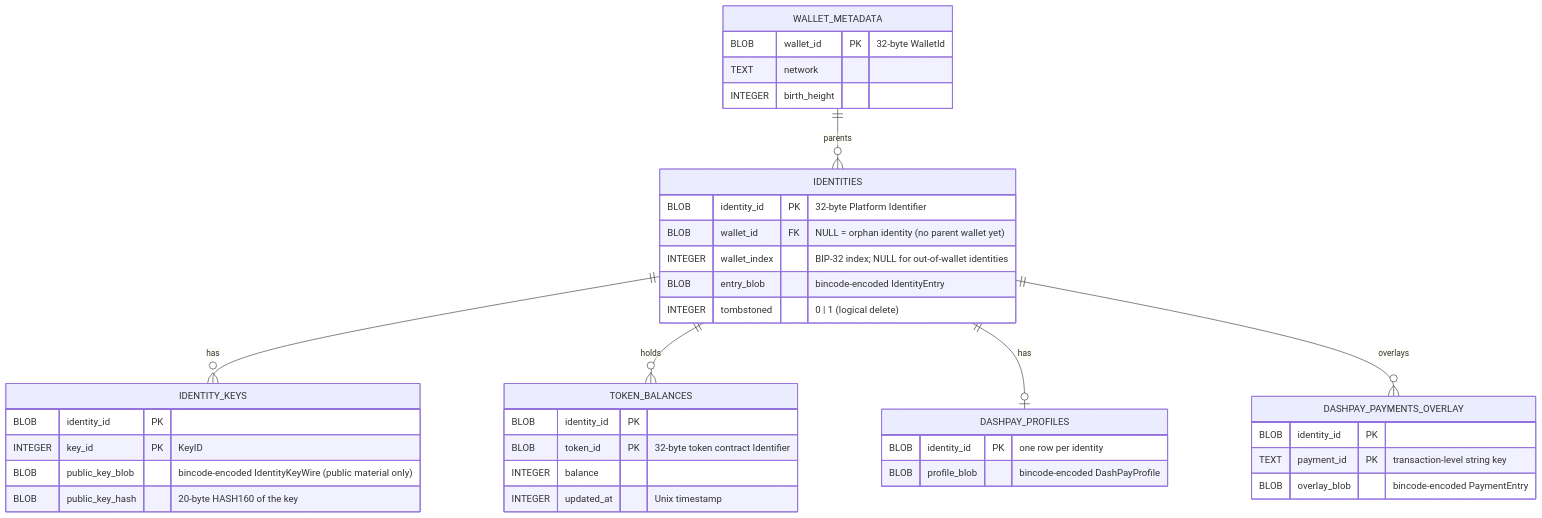
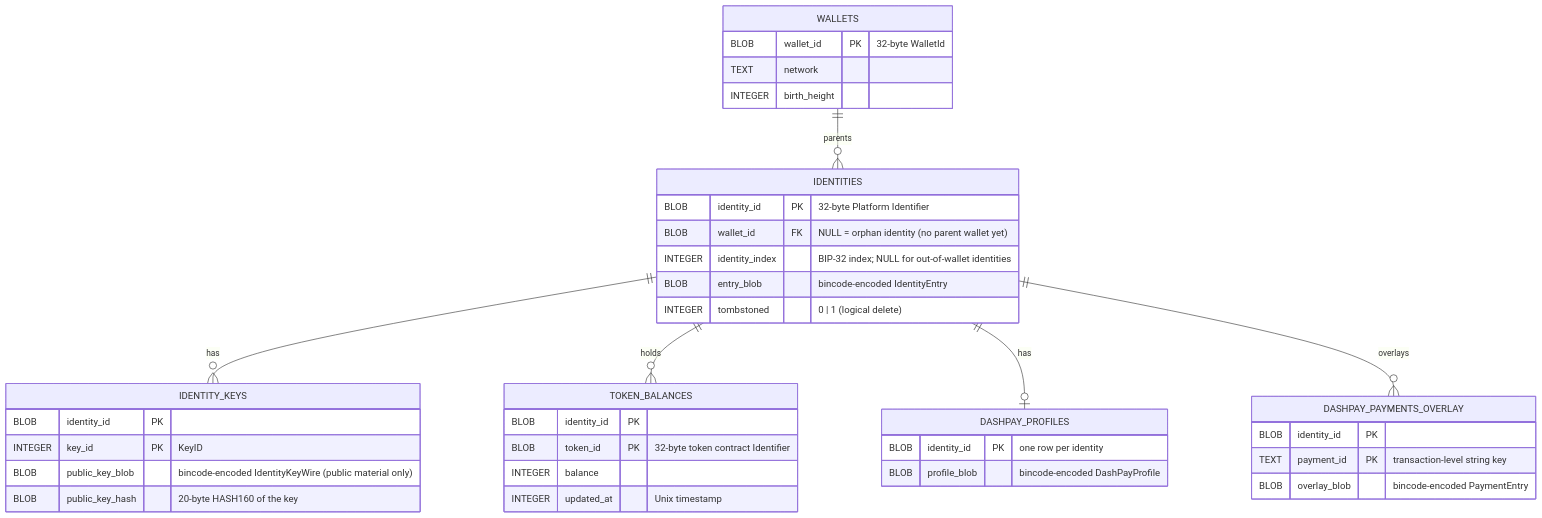
The second of 5 diagrams in packages/rs-platform-wallet-storage/SCHEMA.md (dashpay/platform), drawn with Mermaid before and after one commit. The commit also changed other lines of this file and 26 other files, not shown here.

First line of the commit message:
refactor(platform-wallet-storage): rename wallet_metadata table to wallets; schema/doc hardening

````diff
--- a/packages/rs-platform-wallet-storage/SCHEMA.md
+++ b/packages/rs-platform-wallet-storage/SCHEMA.md
@@ -130,47 +130,47 @@
 ```mermaid
 erDiagram
-    WALLET_METADATA ||--o{ IDENTITIES : "parents"
+    WALLETS ||--o{ IDENTITIES : "parents"
     IDENTITIES ||--o{ IDENTITY_KEYS : "has"
     IDENTITIES ||--o{ TOKEN_BALANCES : "holds"
     IDENTITIES ||--o| DASHPAY_PROFILES : "has"
     IDENTITIES ||--o{ DASHPAY_PAYMENTS_OVERLAY : "overlays"
 
-    WALLET_METADATA {
+    WALLETS {
         BLOB wallet_id PK "32-byte WalletId"
         TEXT network
         INTEGER birth_height
     }
 
     IDENTITIES {
         BLOB identity_id PK "32-byte Platform Identifier"
         BLOB wallet_id FK "NULL = orphan identity (no parent wallet yet)"
-        INTEGER wallet_index "BIP-32 index; NULL for out-of-wallet identities"
+        INTEGER identity_index "BIP-32 index; NULL for out-of-wallet identities"
         BLOB entry_blob "bincode-encoded IdentityEntry"
         INTEGER tombstoned "0 | 1 (logical delete)"
     }
 
     IDENTITY_KEYS {
         BLOB identity_id PK
         INTEGER key_id PK "KeyID"
         BLOB public_key_blob "bincode-encoded IdentityKeyWire (public material only)"
         BLOB public_key_hash "20-byte HASH160 of the key"
     }
 
     TOKEN_BALANCES {
         BLOB identity_id PK
         BLOB token_id PK "32-byte token contract Identifier"
         INTEGER balance
         INTEGER updated_at "Unix timestamp"
     }
 
     DASHPAY_PROFILES {
         BLOB identity_id PK "one row per identity"
         BLOB profile_blob "bincode-encoded DashPayProfile"
     }
 
     DASHPAY_PAYMENTS_OVERLAY {
         BLOB identity_id PK
         TEXT payment_id PK "transaction-level string key"
         BLOB overlay_blob "bincode-encoded PaymentEntry"
     }
 ```
````
